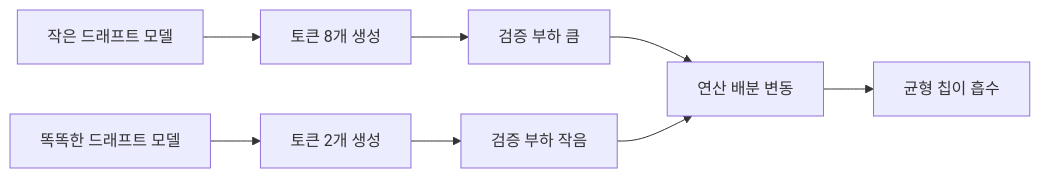
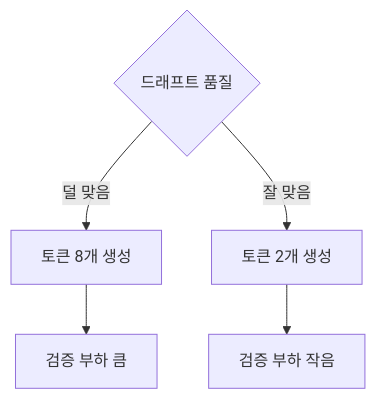
The eighth of 10 diagrams in insights/frames/exp/2026-08-27-openai-jalapeno-tech-opus.md (yohan4477/semi-report), drawn with Mermaid before and after one commit. The commit also changed other lines of this file and 2 other files, not shown here.

````diff
--- a/insights/frames/exp/2026-08-27-openai-jalapeno-tech-opus.md
+++ b/insights/frames/exp/2026-08-27-openai-jalapeno-tech-opus.md
@@ -242,10 +208,8 @@
 ```mermaid
-flowchart LR
-    A["작은 드래프트 모델"] --> B["토큰 8개 생성"]
-    B --> C["검증 부하 큼"]
-    D["똑똑한 드래프트 모델"] --> E["토큰 2개 생성"]
-    E --> F["검증 부하 작음"]
-    C --> G["연산 배분 변동"]
-    F --> G
-    G --> H["균형 칩이 흡수"]
+flowchart TD
+    R{"드래프트 품질"}
+    R -->|덜 맞음| A1["토큰 8개 생성"]
+    A1 --> A2["검증 부하 큼"]
+    R -->|잘 맞음| B1["토큰 2개 생성"]
+    B1 --> B2["검증 부하 작음"]
 ```
````
